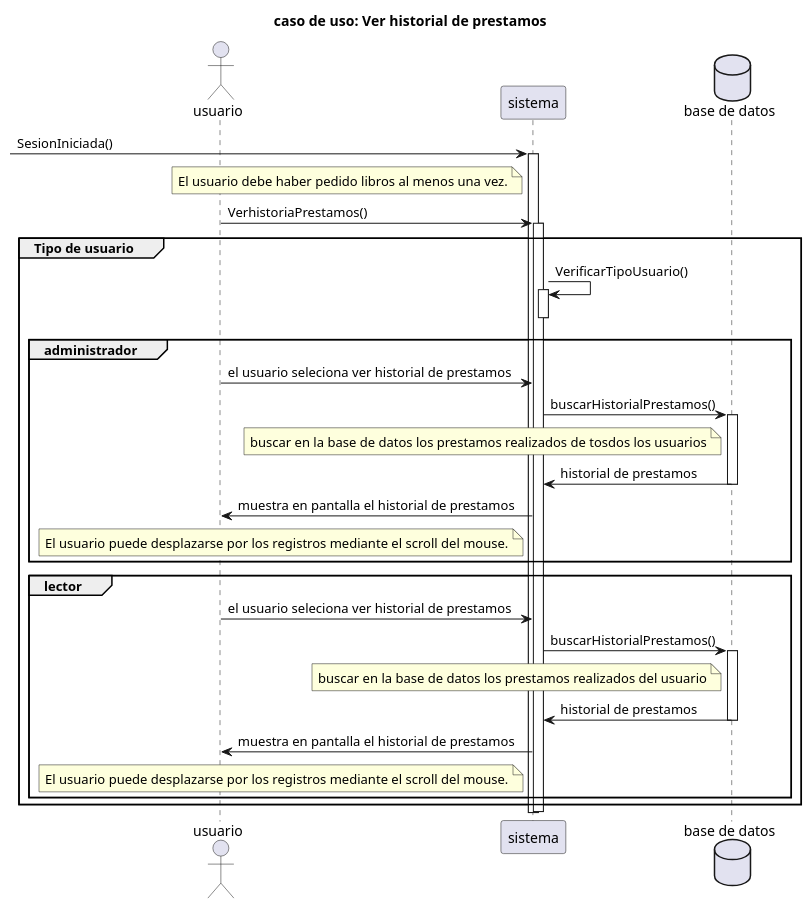
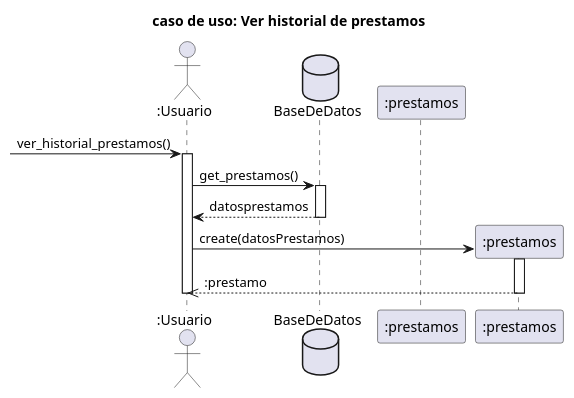
One commit to RubenE107/diagramas-de-dise-o-uml changed the diagram in interacion 2/Ver historial de préstamos.puml. Above: the diagram before and after it, drawn with PlantUML. The commit also changed 1 other file, not shown here.

Commit message:
ver historial

```diff
--- a/interacion 2/Ver historial de préstamos.puml
+++ b/interacion 2/Ver historial de préstamos.puml
@@ -1,47 +1,69 @@
 @startuml
 title caso de uso: Ver historial de prestamos
-actor "usuario" as u
-participant "sistema" as s
-database "base de datos" as bd
-->s: SesionIniciada()
-activate s
- note left of s:El usuario debe haber pedido libros al menos una vez.
- u->s: VerhistoriaPrestamos()
-activate s
+' actor "usuario" as u
+' participant "sistema" as s
+' database "base de datos" as bd
+' ->s: SesionIniciada()
+' activate s
+'  note left of s:El usuario debe haber pedido libros al menos una vez.
+'  u->s: VerhistoriaPrestamos()
+' activate s
 
-group Tipo de usuario
-     s->s:VerificarTipoUsuario()
-    activate s
+' group Tipo de usuario
+'      s->s:VerificarTipoUsuario()
+'     activate s
    
-    deactivate s
-    group administrador
-        u->s:el usuario seleciona ver historial de prestamos
-        s->bd:buscarHistorialPrestamos()
+'     deactivate s
+'     group administrador
+'         u->s:el usuario seleciona ver historial de prestamos
+'         s->bd:buscarHistorialPrestamos()
         
-        activate bd
-        note left of bd:buscar en la base de datos los prestamos realizados de tosdos los usuarios
-        bd->s:historial de prestamos
-        deactivate bd
+'         activate bd
+'         note left of bd:buscar en la base de datos los prestamos realizados de tosdos los usuarios
+'         bd->s:historial de prestamos
+'         deactivate bd
         
-        s->u:muestra en pantalla el historial de prestamos
-        note left of s:El usuario puede desplazarse por los registros mediante el scroll del mouse.
-    end
-    group lector
-    u->s:el usuario seleciona ver historial de prestamos
-        s->bd:buscarHistorialPrestamos()
+'         s->u:muestra en pantalla el historial de prestamos
+'         note left of s:El usuario puede desplazarse por los registros mediante el scroll del mouse.
+'     end
+'     group lector
+'     u->s:el usuario seleciona ver historial de prestamos
+'         s->bd:buscarHistorialPrestamos()
     
-        activate bd
-        note left of bd:buscar en la base de datos los prestamos realizados del usuario
-        bd->s:historial de prestamos
-        deactivate bd
+'         activate bd
+'         note left of bd:buscar en la base de datos los prestamos realizados del usuario
+'         bd->s:historial de prestamos
+'         deactivate bd
     
-        s->u:muestra en pantalla el historial de prestamos
-        note left of s:El usuario puede desplazarse por los registros mediante el scroll del mouse.
-    end
-    end
-deactivate s
+'         s->u:muestra en pantalla el historial de prestamos
+'         note left of s:El usuario puede desplazarse por los registros mediante el scroll del mouse.
+'     end
+'     end
+' deactivate s
 
 
+title caso de uso: Ver historial de prestamos
 
+actor ":Usuario" as u
+database "BaseDeDatos" as bd
+participant ":prestamos" as hp
+
+-> u:ver_historial_prestamos()
+activate u
+
+u -> bd:get_prestamos()
+activate bd
+
+bd --> u:datosprestamos
+deactivate bd
+
+create ":prestamos" as historial
+u -> historial:create(datosPrestamos)
+activate historial
+
+historial-->>u::prestamo
+deactivate historial
+
+deactivate u
 
 @enduml
```
